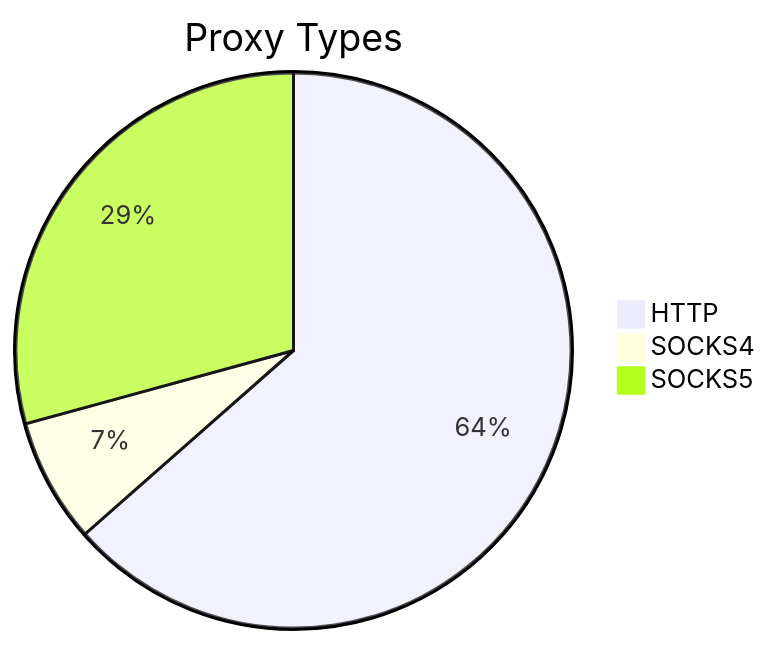
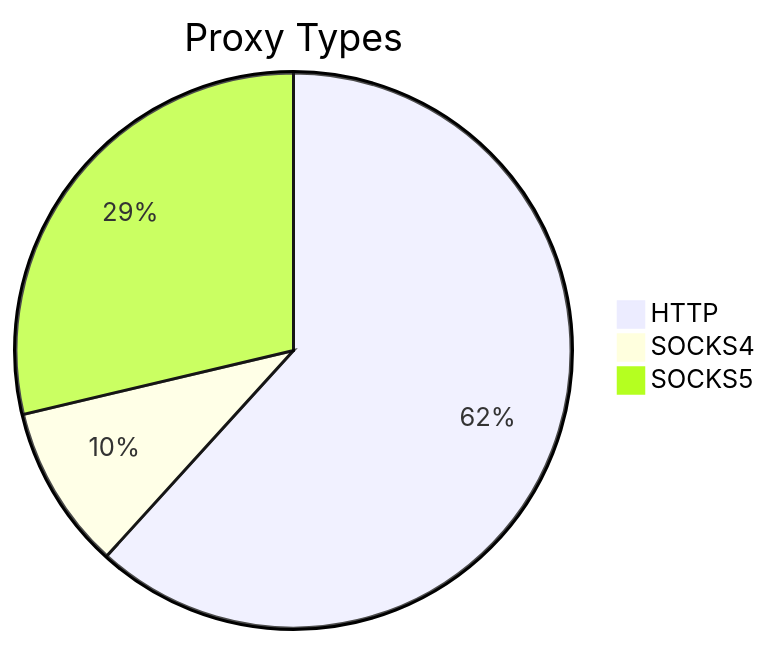
One commit to stormsia/proxy-list changed the first of 2 diagrams in README.md. Above: the diagram before and after it, drawn with Mermaid. The commit also changed other lines of this file, not shown here.

````diff
--- a/README.md
+++ b/README.md
@@ -21,6 +21,6 @@
 ```mermaid
 pie title Proxy Types
-    "HTTP" : 228
-    "SOCKS4" : 26
-    "SOCKS5" : 105
+    "HTTP" : 213
+    "SOCKS4" : 33
+    "SOCKS5" : 99
 ```
````
